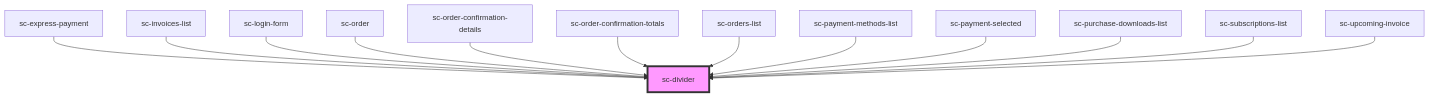
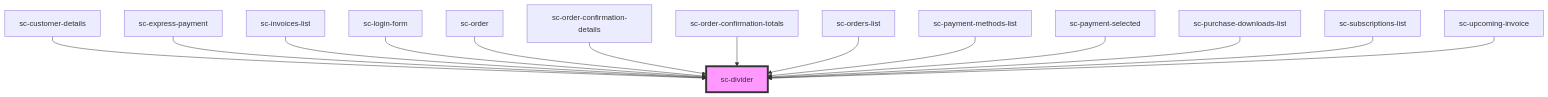
One commit to surecart/surecart-wp-plugin changed the diagram in packages/components/src/components/ui/divider/readme.md. Above: the diagram before and after it, drawn with Mermaid. The commit also changed other lines of this file and 12 other files, not shown here.

````diff
--- a/packages/components/src/components/ui/divider/readme.md
+++ b/packages/components/src/components/ui/divider/readme.md
@@ -35,16 +36,17 @@
 ```mermaid
 graph TD;
+  sc-customer-details --> sc-divider
   sc-express-payment --> sc-divider
   sc-invoices-list --> sc-divider
   sc-login-form --> sc-divider
   sc-order --> sc-divider
   sc-order-confirmation-details --> sc-divider
   sc-order-confirmation-totals --> sc-divider
   sc-orders-list --> sc-divider
   sc-payment-methods-list --> sc-divider
   sc-payment-selected --> sc-divider
   sc-purchase-downloads-list --> sc-divider
   sc-subscriptions-list --> sc-divider
   sc-upcoming-invoice --> sc-divider
   style sc-divider fill:#f9f,stroke:#333,stroke-width:4px
 ```
````
